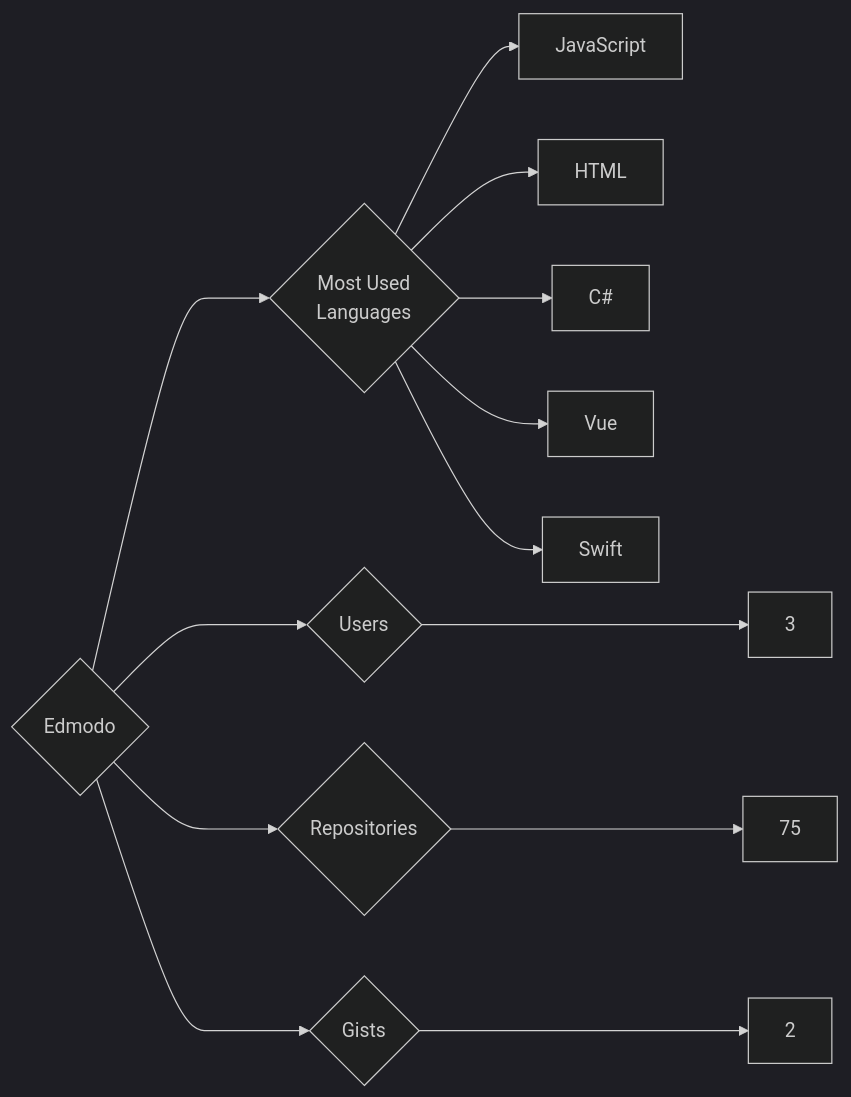
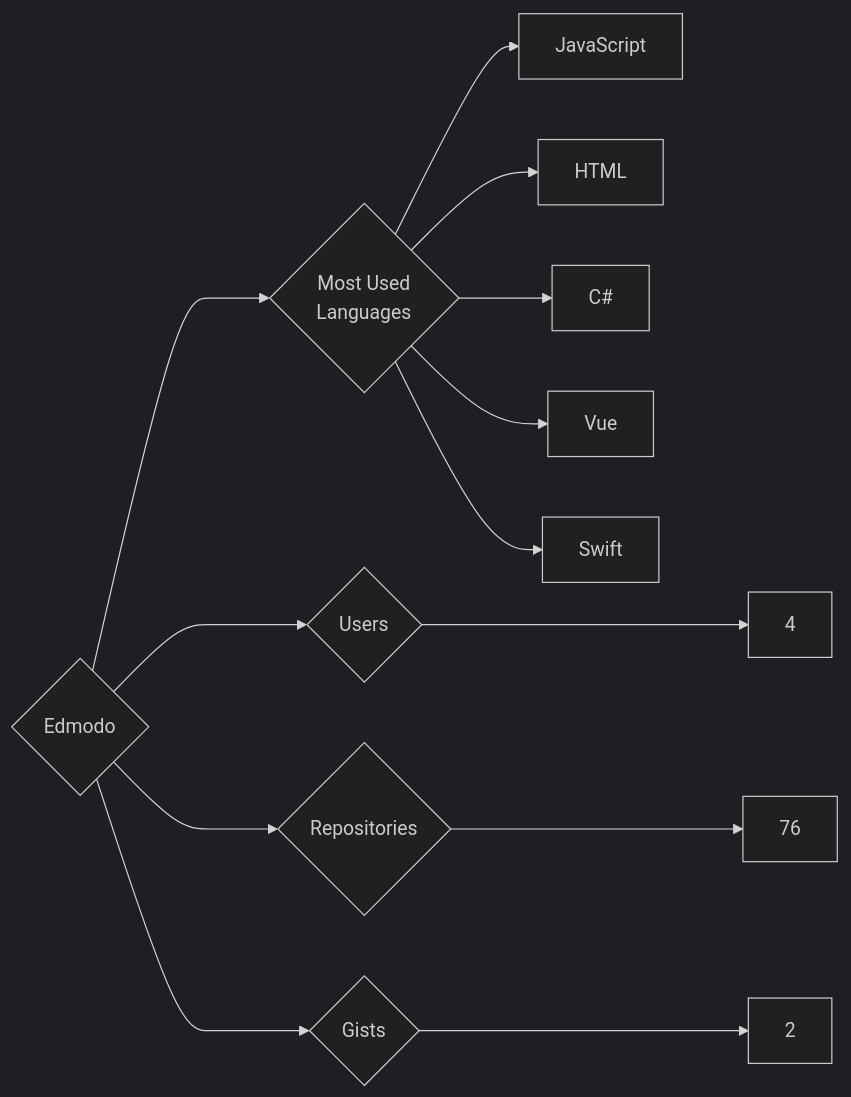
One commit to trickest/insiders changed the diagram in targets/Edmodo/README.md. Above: the diagram before and after it, drawn with Mermaid (dark theme). The commit also changed 912 other files, not shown here.

````diff
--- a/targets/Edmodo/README.md
+++ b/targets/Edmodo/README.md
@@ -3,13 +3,13 @@
 ```mermaid
 graph LR
 COMPANY_NAME{Edmodo}
-COMPANY_NAME ---> U{Users} ---> UN[3]
-COMPANY_NAME ---> R{Repositories} ---> RN[75]
+COMPANY_NAME ---> U{Users} ---> UN[4]
+COMPANY_NAME ---> R{Repositories} ---> RN[76]
 COMPANY_NAME ---> G{Gists} ---> GN[2]
 COMPANY_NAME ---> ML{Most Used<br>Languages}
 ML --> JavaScript[JavaScript]
 ML --> HTML[HTML]
 ML --> C#[C#]
 ML --> Vue[Vue]
 ML --> Swift[Swift]
 ```
````
